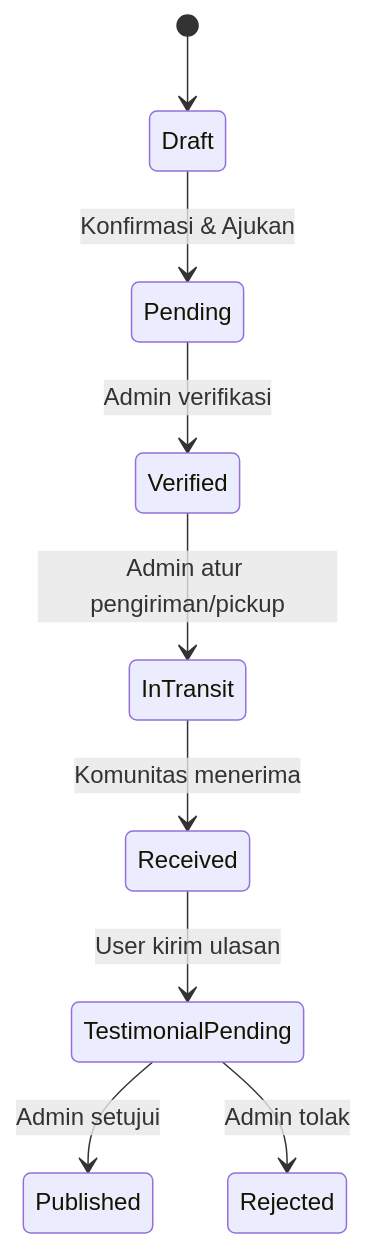
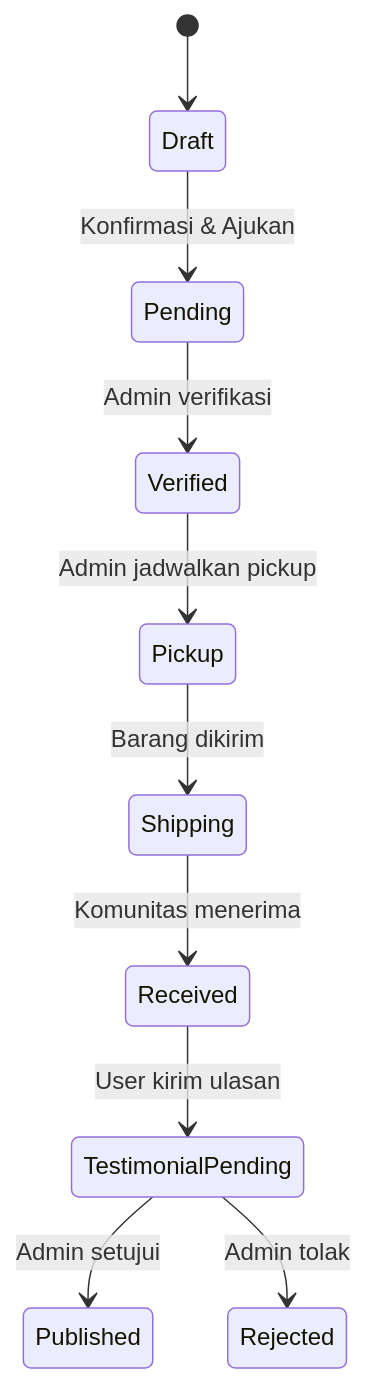
Before and after one commit to ozzie5555/ngoding-sama-wisnu-dan-3anomali: the third of 5 diagrams in backend.md, drawn with Mermaid. The commit also changed other lines of this file and 19 other files, not shown here.

````diff
--- a/backend.md
+++ b/backend.md
@@ -77,11 +77,12 @@
 ```mermaid
 stateDiagram-v2
   [*] --> Draft
   Draft --> Pending: Konfirmasi & Ajukan
   Pending --> Verified: Admin verifikasi
-  Verified --> InTransit: Admin atur pengiriman/pickup
-  InTransit --> Received: Komunitas menerima
+  Verified --> Pickup: Admin jadwalkan pickup
+  Pickup --> Shipping: Barang dikirim
+  Shipping --> Received: Komunitas menerima
   Received --> TestimonialPending: User kirim ulasan
   TestimonialPending --> Published: Admin setujui
   TestimonialPending --> Rejected: Admin tolak
 ```
````
